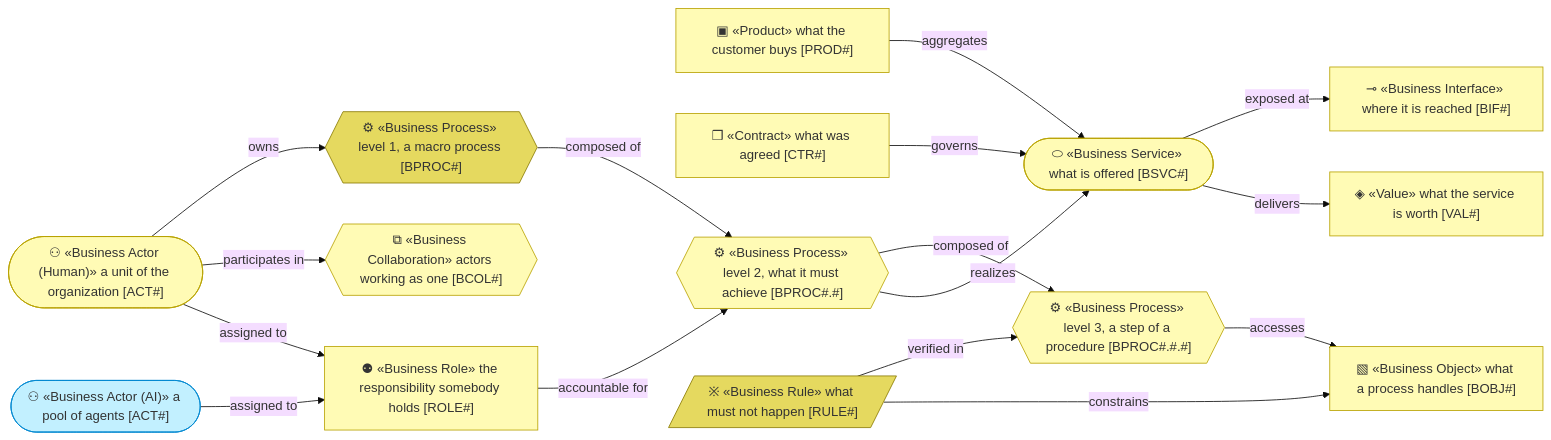
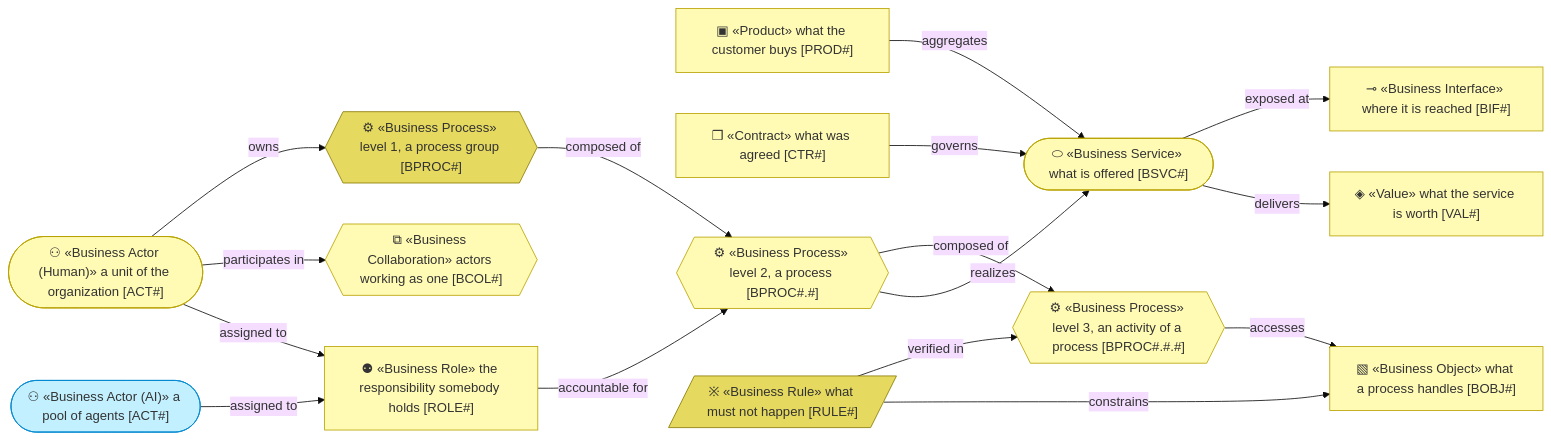
The first of 2 diagrams in plugins/archreator/assets/layers/2_business/README.md (roanboc/archreator), drawn with Mermaid (base theme) before and after one commit. The commit also changed 3 other files, not shown here.

First line of the commit message:
docs: level 3 is the activities of a process, named as APQC names it

````diff
--- a/plugins/archreator/assets/layers/2_business/README.md
+++ b/plugins/archreator/assets/layers/2_business/README.md
@@ -66,38 +66,38 @@
 ```mermaid
 flowchart LR
   %% legend
   actorH(["⚇ «Business Actor (Human)» a unit of the organization [ACT#]"]):::business
   actorAI(["⚇ «Business Actor (AI)» a pool of agents [ACT#]"]):::application
   bcol{{"⧉ «Business Collaboration» actors working as one [BCOL#]"}}:::business
   role["⚉ «Business Role» the responsibility somebody holds [ROLE#]"]:::business
   prod["▣ «Product» what the customer buys [PROD#]"]:::business
   svc(["⬭ «Business Service» what is offered [BSVC#]"]):::business
   bif["⊸ «Business Interface» where it is reached [BIF#]"]:::business
   ctr["❒ «Contract» what was agreed [CTR#]"]:::business
-  proc1{{"⚙ «Business Process» level 1, a macro process [BPROC#]"}}:::business1
-  proc2{{"⚙ «Business Process» level 2, what it must achieve [BPROC#.#]"}}:::business
-  proc3{{"⚙ «Business Process» level 3, a step of a procedure [BPROC#.#.#]"}}:::business
+  proc1{{"⚙ «Business Process» level 1, a process group [BPROC#]"}}:::business1
+  proc2{{"⚙ «Business Process» level 2, a process [BPROC#.#]"}}:::business
+  proc3{{"⚙ «Business Process» level 3, an activity of a process [BPROC#.#.#]"}}:::business
   obj["▧ «Business Object» what a process handles [BOBJ#]"]:::business
   rule[/"※ «Business Rule» what must not happen [RULE#]"/]:::business1
   val["◈ «Value» what the service is worth [VAL#]"]:::business
 
   actorH -->|owns| proc1
   actorH -->|participates in| bcol
   actorH -->|assigned to| role
   actorAI -->|assigned to| role
   role -->|accountable for| proc2
   proc1 -->|composed of| proc2
   proc2 -->|composed of| proc3
   proc2 -->|realizes| svc
   prod -->|aggregates| svc
   svc -->|exposed at| bif
   ctr -->|governs| svc
   svc -->|delivers| val
   proc3 -->|accesses| obj
   rule -->|verified in| proc3
   rule -->|constrains| obj
 
   classDef business fill:#fffbb5,stroke:#b8a200,color:#333
   classDef business1 fill:#e5d95f,stroke:#8a7a00,color:#333
   classDef application fill:#c2f0ff,stroke:#0288d1,color:#333
 ```
````
